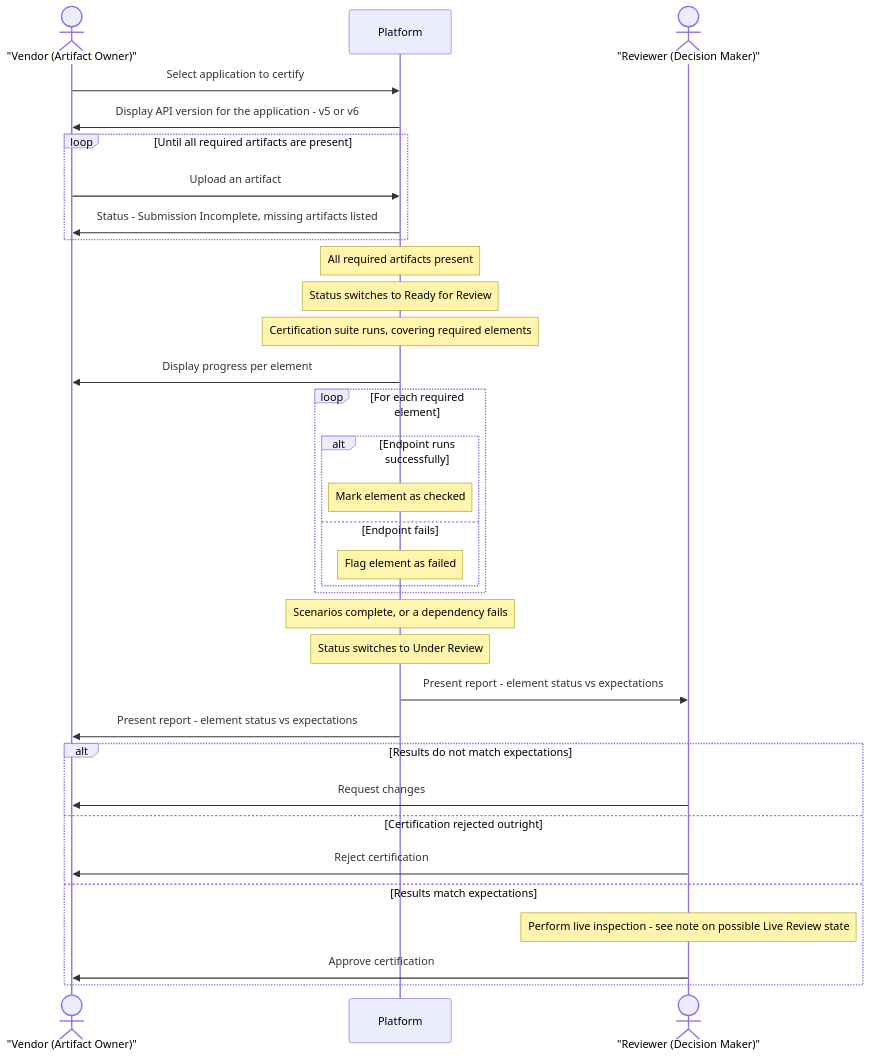
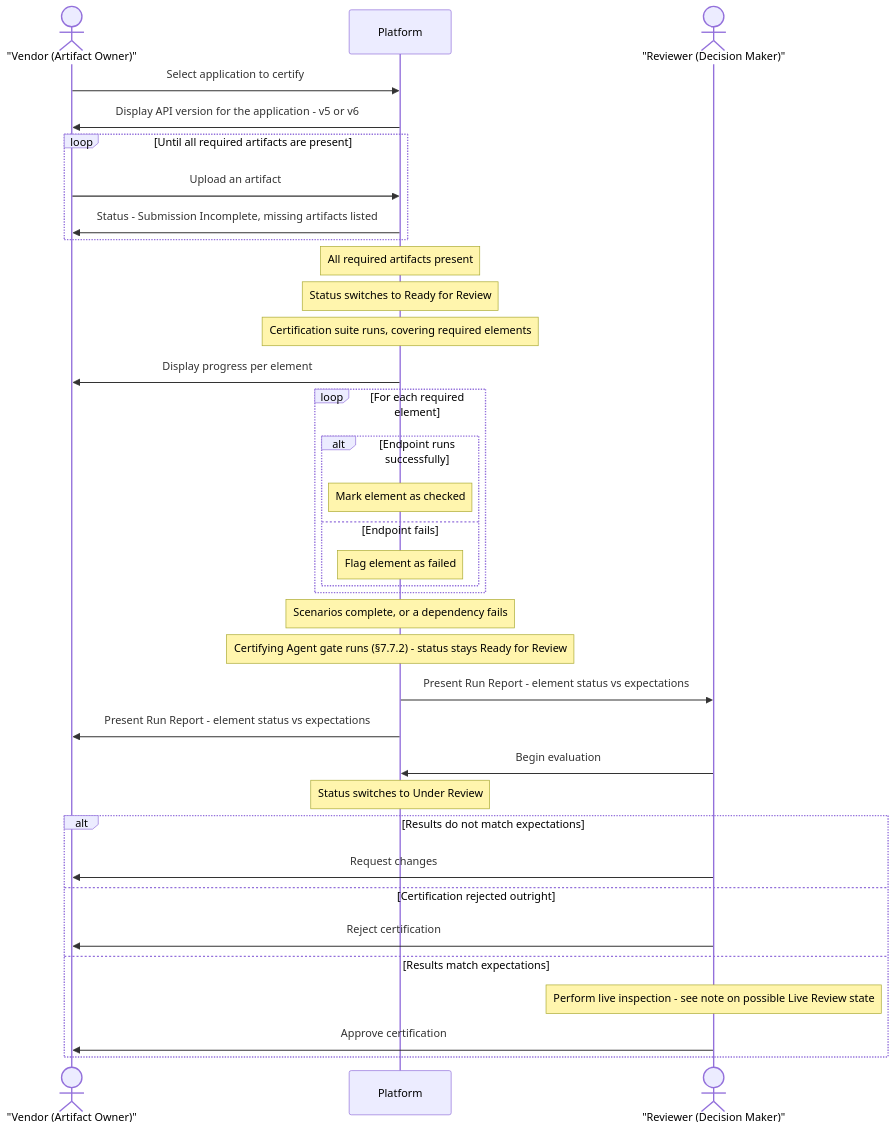
Before and after one commit to roberthunterjr/Ed-Fi-AdminApp: the second of 12 diagrams in docs/PRD-Certification-v2.md, drawn with Mermaid. The commit also changed other lines of this file, not shown here.

````diff
--- a/docs/PRD-Certification-v2.md
+++ b/docs/PRD-Certification-v2.md
@@ -243,43 +246,46 @@
 ```mermaid
 sequenceDiagram
     actor Vendor as "Vendor (Artifact Owner)"
     participant Platform
     actor Reviewer as "Reviewer (Decision Maker)"
 
     Vendor->>Platform: Select application to certify
     Platform->>Vendor: Display API version for the application - v5 or v6
 
     loop Until all required artifacts are present
         Vendor->>Platform: Upload an artifact
         Platform->>Vendor: Status - Submission Incomplete, missing artifacts listed
     end
 
     Note over Platform: All required artifacts present
     Note over Platform: Status switches to Ready for Review
 
     Note over Platform: Certification suite runs, covering required elements
     Platform->>Vendor: Display progress per element
 
     loop For each required element
         alt Endpoint runs successfully
             Note over Platform: Mark element as checked
         else Endpoint fails
             Note over Platform: Flag element as failed
         end
     end
 
     Note over Platform: Scenarios complete, or a dependency fails
+    Note over Platform: Certifying Agent gate runs (§7.7.2) - status stays Ready for Review
+
+    Platform->>Reviewer: Present Run Report - element status vs expectations
+    Platform->>Vendor: Present Run Report - element status vs expectations
+
+    Reviewer->>Platform: Begin evaluation
     Note over Platform: Status switches to Under Review
-
-    Platform->>Reviewer: Present report - element status vs expectations
-    Platform->>Vendor: Present report - element status vs expectations
 
     alt Results do not match expectations
         Reviewer->>Vendor: Request changes
     else Certification rejected outright
         Reviewer->>Vendor: Reject certification
     else Results match expectations
         Note over Reviewer: Perform live inspection - see note on possible Live Review state
         Reviewer->>Vendor: Approve certification
     end
 ```
````
